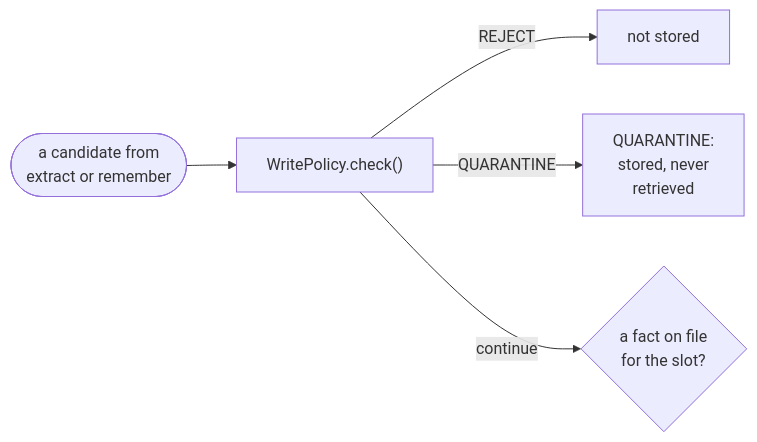
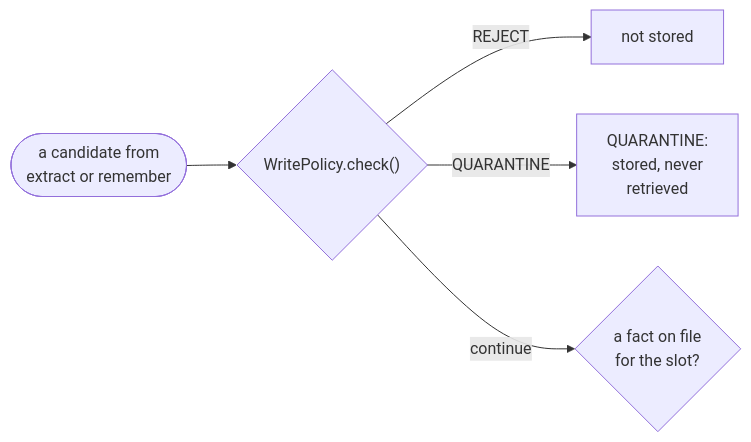
One commit to aniryou/full-stack-agentic-engineer changed the first of 8 diagrams in 07-application-agent-framework/agent-memory/PRIMER.md. Above: the diagram before and after it, drawn with Mermaid. The commit also changed other lines of this file and 211 other files, not shown here.

````diff
--- a/07-application-agent-framework/agent-memory/PRIMER.md
+++ b/07-application-agent-framework/agent-memory/PRIMER.md
@@ -119,7 +119,7 @@
 ```mermaid
 flowchart LR
-    IN([a candidate from<br/>extract or remember]) --> PO["WritePolicy.check()"]
+    IN([a candidate from<br/>extract or remember]) --> PO{"WritePolicy.check()"}
     PO -->|"REJECT"| REJ["not stored"]
     PO -->|"QUARANTINE"| QUA["QUARANTINE:<br/>stored, never<br/>retrieved"]
     PO -->|"continue"| M1{"a fact on file<br/>for the slot?"}
 ```
````
